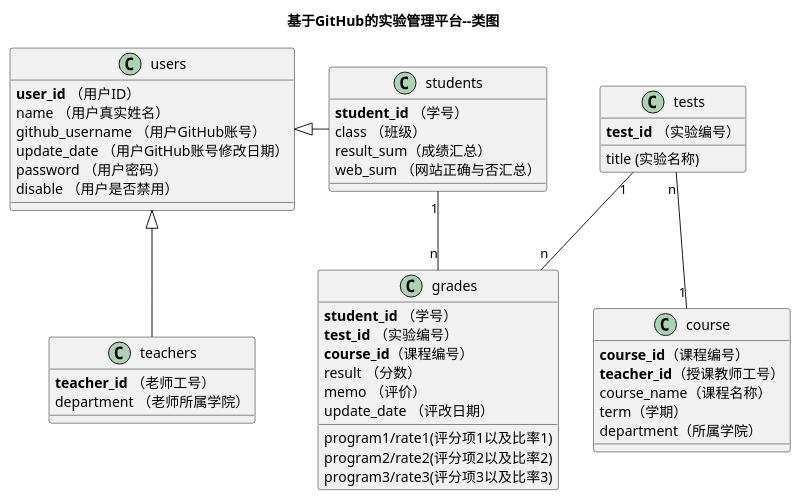
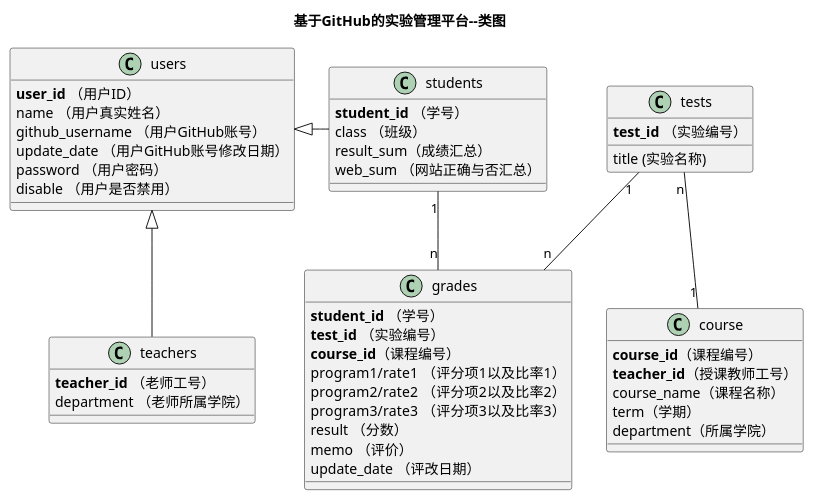
The diagram in test6/class.puml (z915287285/is_analysis), drawn with PlantUML before and after one commit. The commit also changed 1 other file, not shown here.

```diff
--- a/test6/class.puml
+++ b/test6/class.puml
@@ -1,51 +1,51 @@
 @startuml
 title 基于GitHub的实验管理平台--类图
 class users {
     <b>user_id</b> （用户ID）
     name （用户真实姓名）
     github_username （用户GitHub账号）
     update_date （用户GitHub账号修改日期）
     password （用户密码）
     disable （用户是否禁用）
 }
 class teachers{
     <b>teacher_id</b> （老师工号）
     department （老师所属学院）
 }
 class students{
     <b>student_id</b> （学号）
     class （班级）
     result_sum（成绩汇总）
     web_sum （网站正确与否汇总）
 }
 users <|- students
 users <|-- teachers
 class grades {
     <b>student_id</b> （学号）
     <b>test_id</b> （实验编号）
     <b>course_id</b>（课程编号）
-    program1/rate1(评分项1以及比率1)
-    program2/rate2(评分项2以及比率2)
-    program3/rate3(评分项3以及比率3)
+    program1/rate1  （评分项1以及比率1）
+    program2/rate2  （评分项2以及比率2）
+    program3/rate3  （评分项3以及比率3）
     result （分数）
     memo （评价）
     update_date （评改日期）
 }
 
 class tests {
     <b>test_id</b> （实验编号）
     title (实验名称)
 }
 class course{
     <b>course_id</b>（课程编号）
     <b>teacher_id</b>（授课教师工号）
     course_name（课程名称）
     term（学期）
     department（所属学院）
 }
 
 students "1" -- "n"  grades
 tests "1" -- "n"  grades
 tests "n" -- "1" course
 
 @enduml
```
